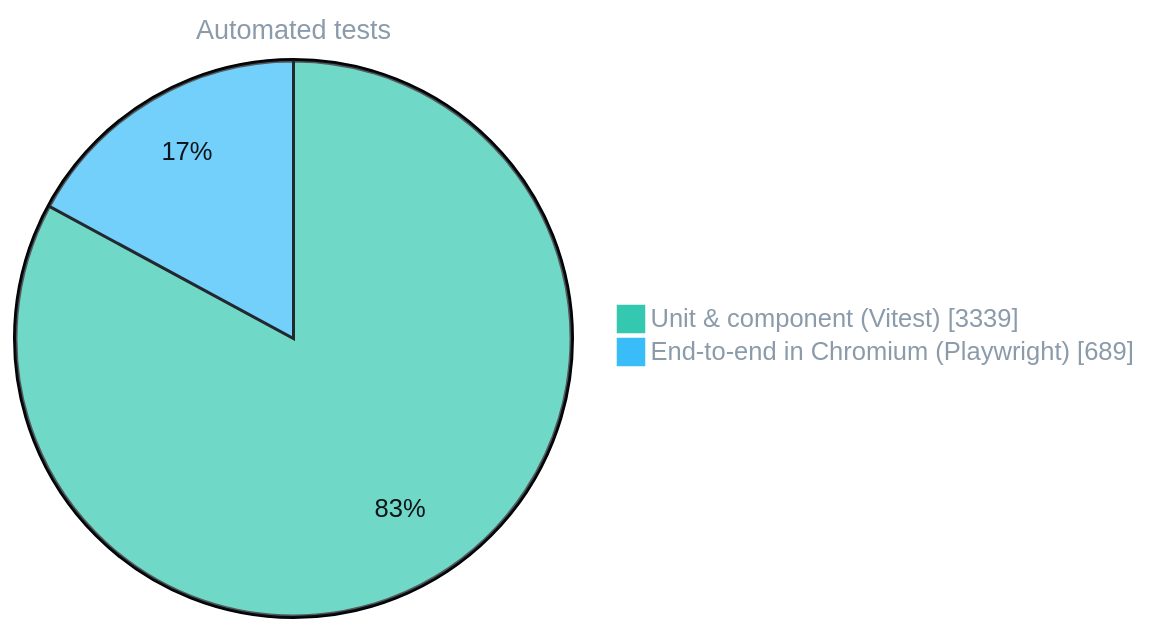
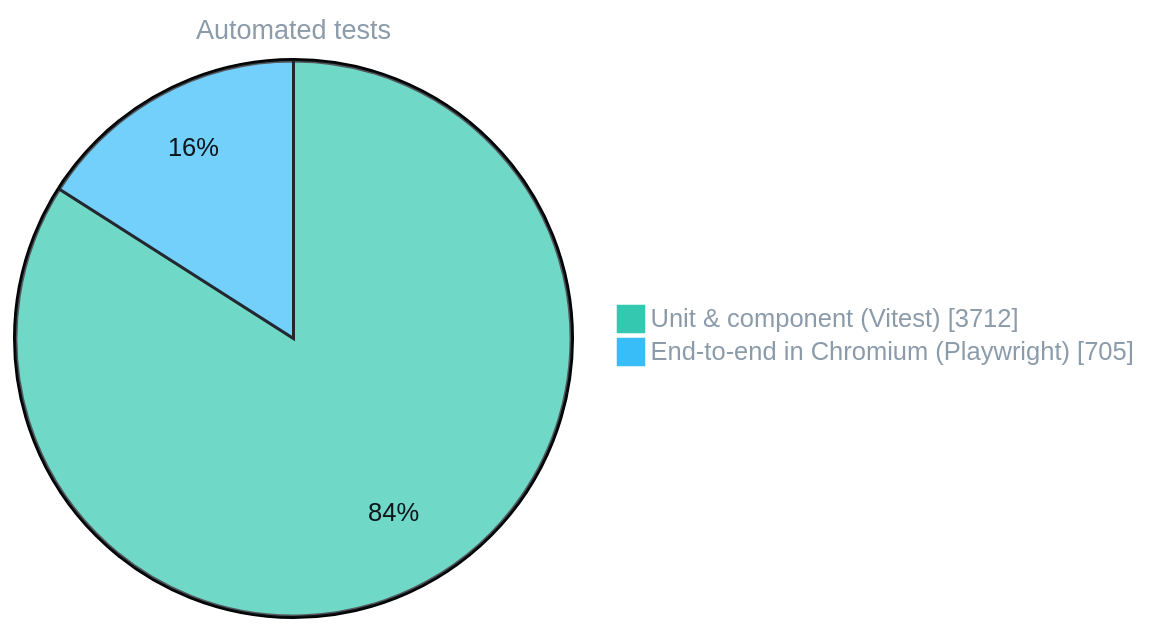
Before and after one commit to ErtugrulAK/keyframe-character-studio: the third of 4 diagrams in README.md, drawn with Mermaid. The commit also changed other lines of this file and 7 other files, not shown here.

````diff
--- a/README.md
+++ b/README.md
@@ -106,7 +129,7 @@
 ```mermaid
 %%{init: {'theme': 'base', 'themeVariables': {'pie1': '#35c8b0', 'pie2': '#38bdf8', 'pieStrokeColor': '#0d141b', 'pieSectionTextColor': '#0d141b', 'pieTitleTextSize': '18px', 'pieTitleTextColor': '#8b9baa', 'pieLegendTextColor': '#8b9baa'}}}%%
 pie showData
     title Automated tests
-    "Unit & component (Vitest)" : 3339
-    "End-to-end in Chromium (Playwright)" : 689
+    "Unit & component (Vitest)" : 3712
+    "End-to-end in Chromium (Playwright)" : 705
 ```
````
